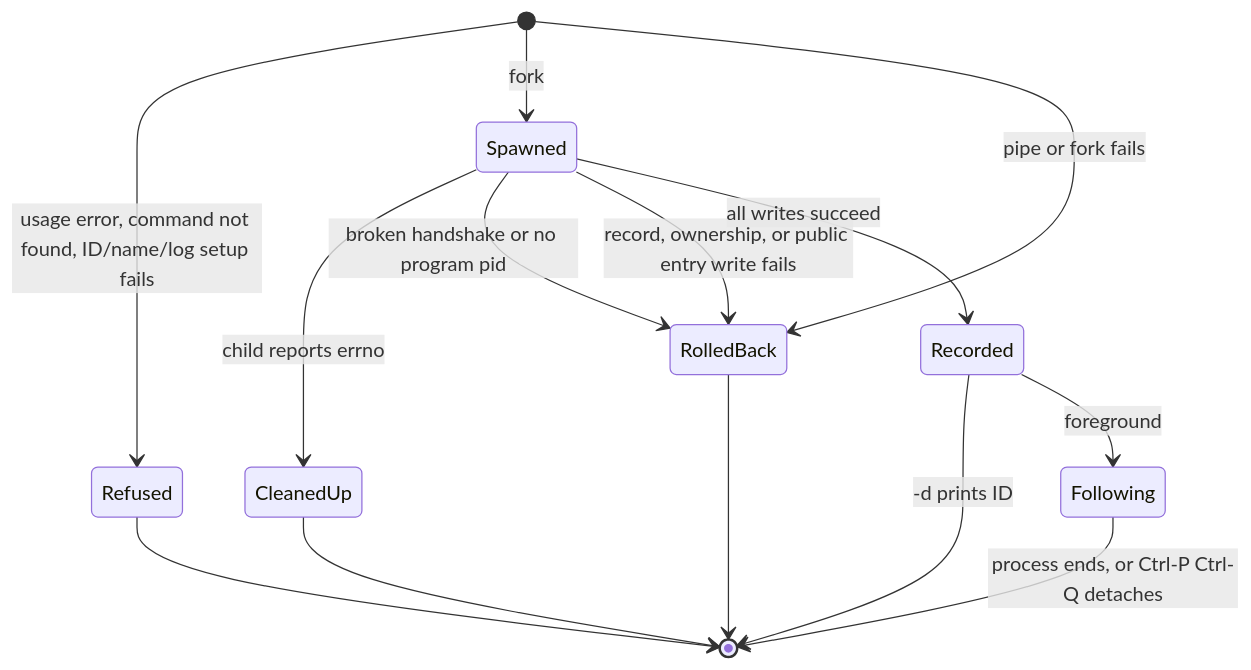
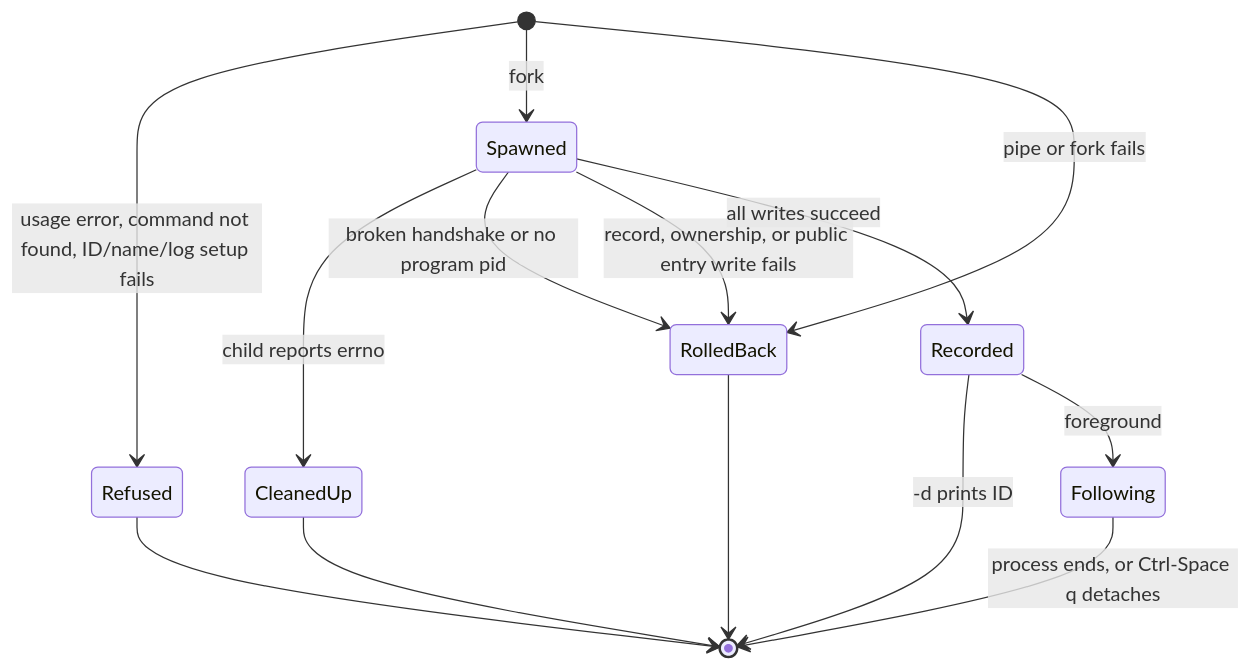
One commit to RchGrav/callbox changed the second of 2 diagrams in docs/launcher.md. Above: the diagram before and after it, drawn with Mermaid. The commit also changed other lines of this file and 37 other files, not shown here.

````diff
--- a/docs/launcher.md
+++ b/docs/launcher.md
@@ -113,16 +113,16 @@
 ```mermaid
 stateDiagram-v2
     [*] --> Refused: usage error, command not found, ID/name/log setup fails
     [*] --> Spawned: fork
     [*] --> RolledBack: pipe or fork fails
     Spawned --> CleanedUp: child reports errno
     Spawned --> RolledBack: broken handshake or no program pid
     Spawned --> RolledBack: record, ownership, or public entry write fails
     Spawned --> Recorded: all writes succeed
     Recorded --> [*]: -d prints ID
     Recorded --> Following: foreground
-    Following --> [*]: process ends, or Ctrl-P Ctrl-Q detaches
+    Following --> [*]: process ends, or Ctrl-Space q detaches
     Refused --> [*]
     CleanedUp --> [*]
     RolledBack --> [*]
 ```
````
